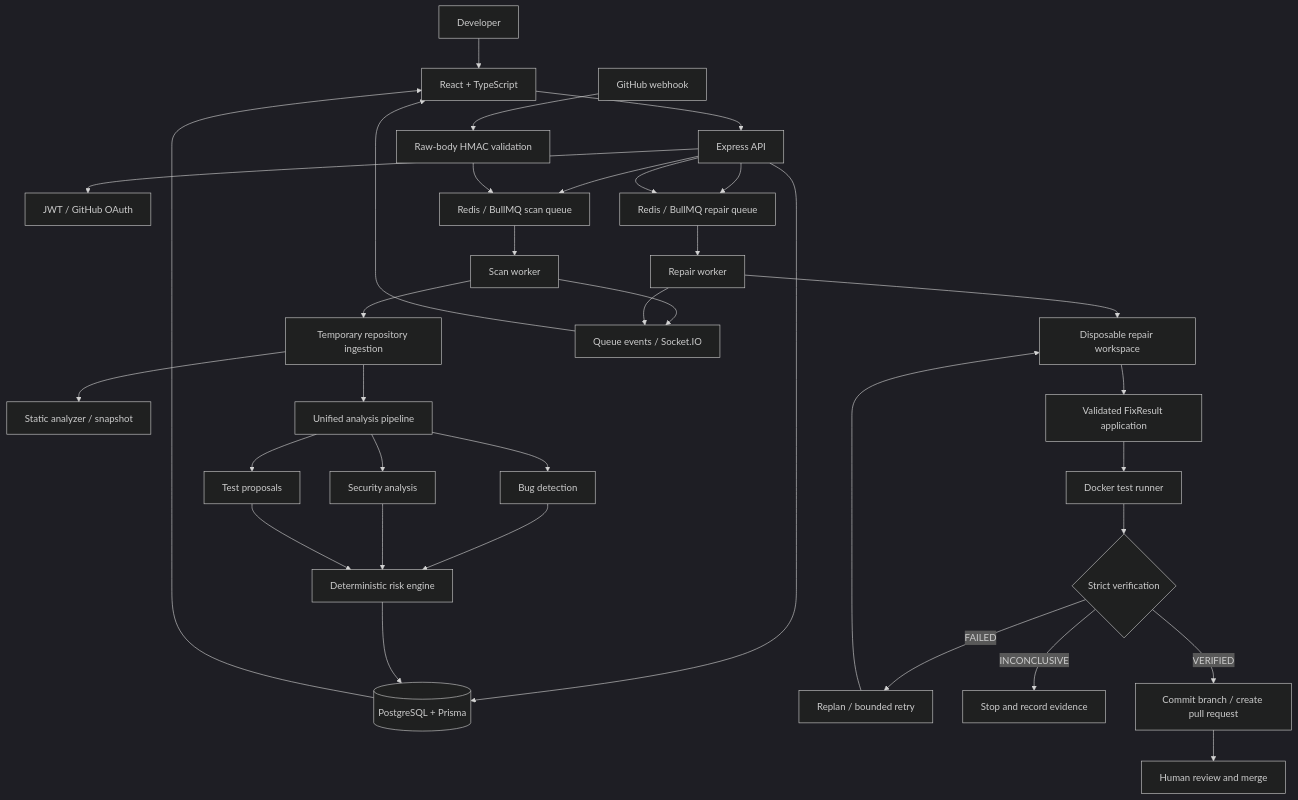
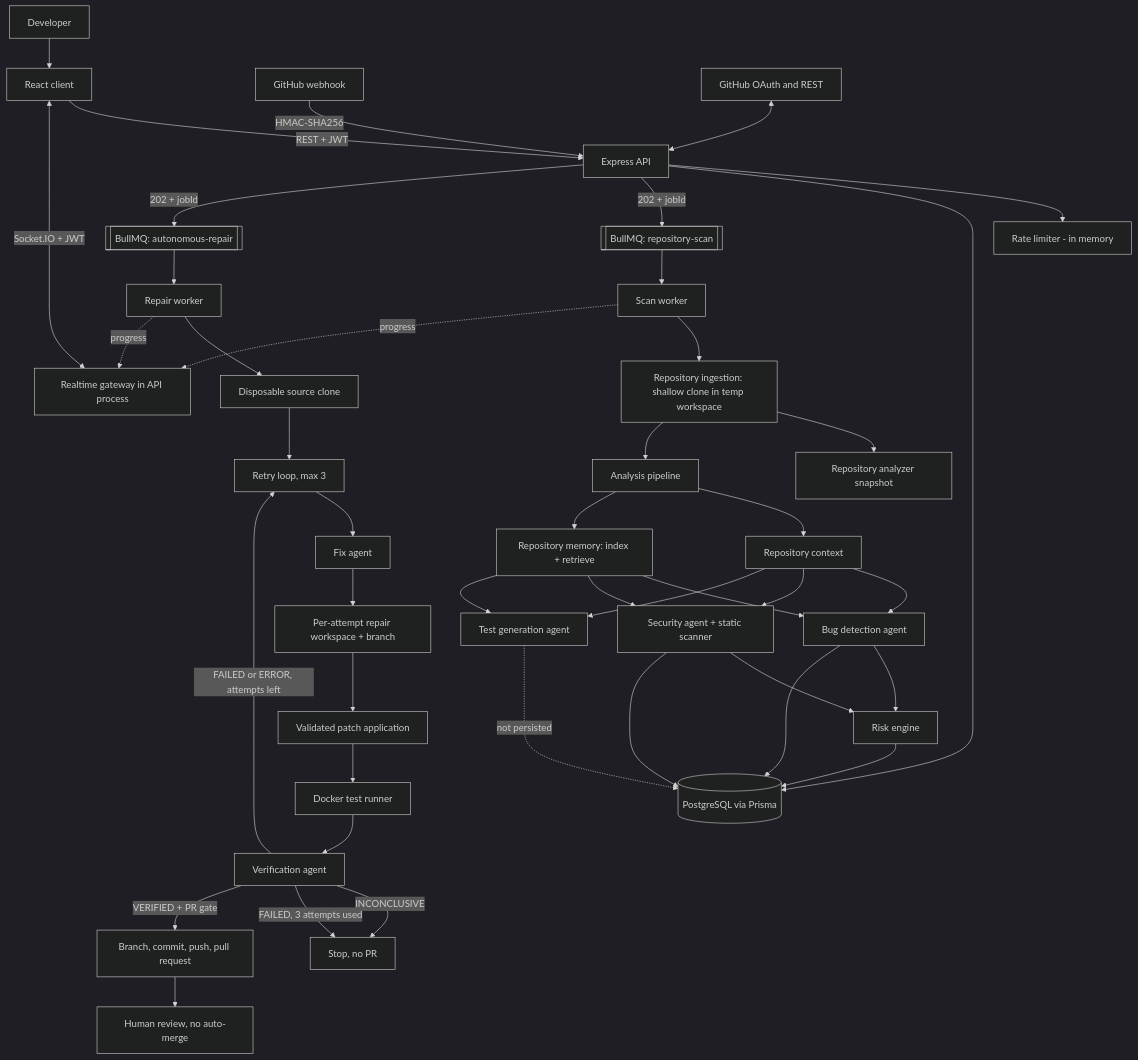
The diagram in docs/ARCHITECTURE.md (Amiya-Krishna/RepoDoctor), drawn with Mermaid (dark theme) before and after one commit. The commit also changed other lines of this file and 15 other files, not shown here.

````diff
--- a/docs/ARCHITECTURE.md
+++ b/docs/ARCHITECTURE.md
@@ -38,37 +32,48 @@
 ```mermaid
 flowchart TD
-    DEV[Developer] --> UI[React + TypeScript]
-    UI --> API[Express API]
-    API --> AUTH[JWT / GitHub OAuth]
-    API --> DB[(PostgreSQL + Prisma)]
-    API --> SCANQ[Redis / BullMQ scan queue]
-    API --> REPAIRQ[Redis / BullMQ repair queue]
-    WH[GitHub webhook] --> SIG[Raw-body HMAC validation]
-    SIG --> SCANQ
+    DEV[Developer] --> UI[React client]
+    UI -->|REST + JWT| API[Express API]
+    UI <-->|Socket.IO + JWT| RT[Realtime gateway in API process]
+    API --> RL[Rate limiter - in memory]
+    API --> DB[(PostgreSQL via Prisma)]
+    API -->|202 + jobId| SCANQ[[BullMQ: repository-scan]]
+    API -->|202 + jobId| REPAIRQ[[BullMQ: autonomous-repair]]
+    GH[GitHub webhook] -->|HMAC-SHA256| API
+    GH2[GitHub OAuth and REST] <--> API
+
     SCANQ --> SW[Scan worker]
-    SW --> ING[Temporary repository ingestion]
-    ING --> SNAP[Static analyzer / snapshot]
-    ING --> PIPE[Unified analysis pipeline]
-    PIPE --> BUG[Bug detection]
-    PIPE --> SEC[Security analysis]
-    PIPE --> TEST[Test proposals]
-    BUG --> RISK[Deterministic risk engine]
+    SW --> ING[Repository ingestion: shallow clone in temp workspace]
+    ING --> SNAP[Repository analyzer snapshot]
+    ING --> PIPE[Analysis pipeline]
+    PIPE --> CTX[Repository context]
+    PIPE --> MEM[Repository memory: index + retrieve]
+    CTX --> BUG[Bug detection agent]
+    CTX --> SEC[Security agent + static scanner]
+    CTX --> TST[Test generation agent]
+    MEM --> BUG
+    MEM --> SEC
+    MEM --> TST
+    BUG --> RISK[Risk engine]
     SEC --> RISK
-    TEST --> RISK
     RISK --> DB
-    API --> REPAIRQ
+    BUG --> DB
+    SEC --> DB
+    TST -. not persisted .-> DB
+
     REPAIRQ --> RW[Repair worker]
-    RW --> WS[Disposable repair workspace]
-    WS --> PATCH[Validated FixResult application]
+    RW --> CLONE[Disposable source clone]
+    CLONE --> LOOP[Retry loop, max 3]
+    LOOP --> FIX[Fix agent]
+    FIX --> WS[Per-attempt repair workspace + branch]
+    WS --> PATCH[Validated patch application]
     PATCH --> DOCKER[Docker test runner]
-    DOCKER --> VERIFY{Strict verification}
-    VERIFY -->|FAILED| RETRY[Replan / bounded retry]
-    RETRY --> WS
-    VERIFY -->|INCONCLUSIVE| STOP[Stop and record evidence]
-    VERIFY -->|VERIFIED| PR[Commit branch / create pull request]
-    PR --> HUMAN[Human review and merge]
-    SW --> LIVE[Queue events / Socket.IO]
-    RW --> LIVE
-    LIVE --> UI
-    DB --> UI
+    DOCKER --> VER[Verification agent]
+    VER -->|FAILED or ERROR, attempts left| LOOP
+    VER -->|INCONCLUSIVE| STOP[Stop, no PR]
+    VER -->|FAILED, 3 attempts used| STOP
+    VER -->|VERIFIED + PR gate| PR[Branch, commit, push, pull request]
+    PR --> HUMAN[Human review, no auto-merge]
+
+    SW -.progress.-> RT
+    RW -.progress.-> RT
 ```
````
